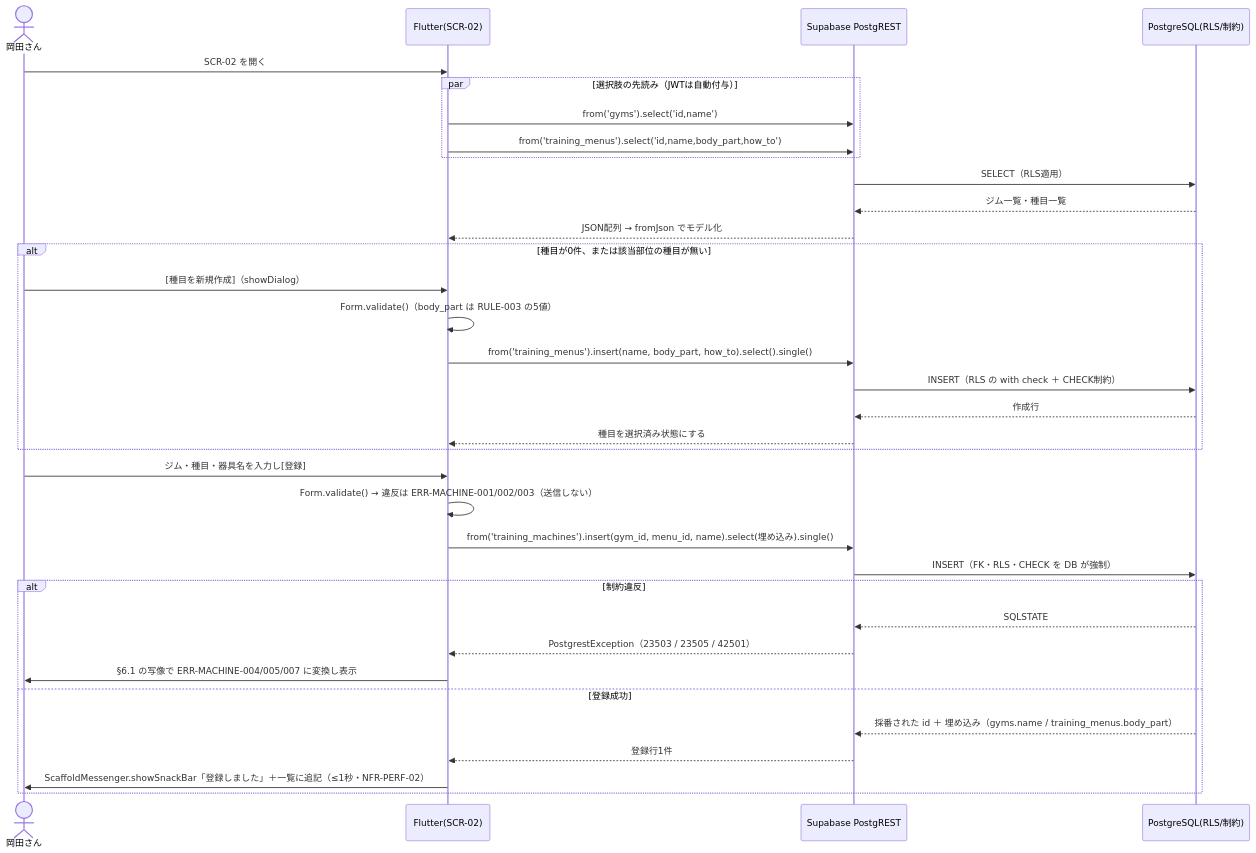
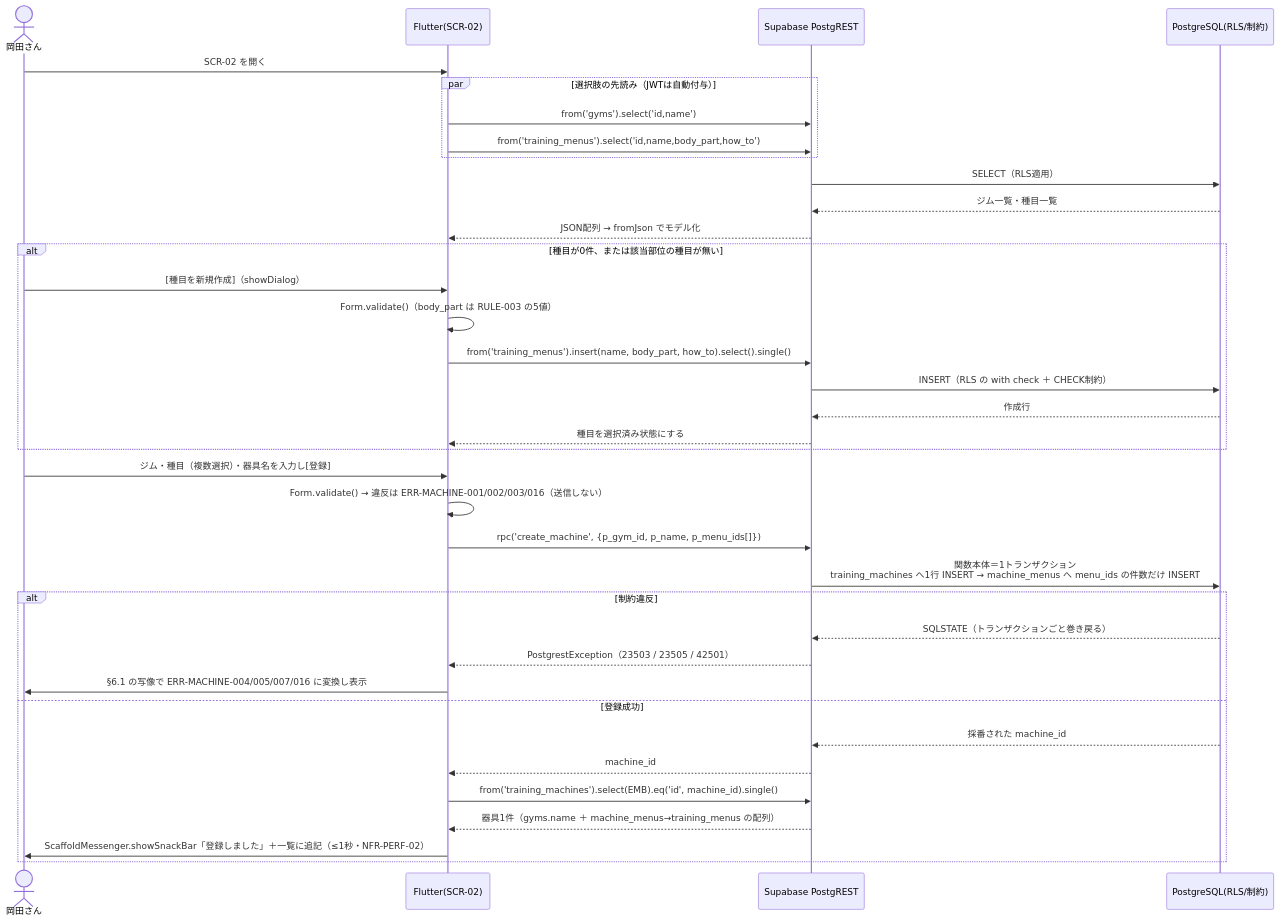
Before and after one commit to k-okada51/okada-fit: the diagram in docs/02_設計/50_詳細設計/08_機能別詳細設計/FEAT-01_器具登録.md, drawn with Mermaid. The commit also changed other lines of this file and 8 other files, not shown here.

````diff
--- a/docs/02_設計/50_詳細設計/08_機能別詳細設計/FEAT-01_器具登録.md
+++ b/docs/02_設計/50_詳細設計/08_機能別詳細設計/FEAT-01_器具登録.md
@@ -59,37 +63,39 @@
 ```mermaid
 sequenceDiagram
   actor U as 岡田さん
   participant F as Flutter(SCR-02)
   participant P as Supabase PostgREST
   participant D as PostgreSQL(RLS/制約)
 
   U->>F: SCR-02 を開く
   par 選択肢の先読み（JWTは自動付与）
     F->>P: from('gyms').select('id,name')
     F->>P: from('training_menus').select('id,name,body_part,how_to')
   end
   P->>D: SELECT（RLS適用）
   D-->>P: ジム一覧・種目一覧
   P-->>F: JSON配列 → fromJson でモデル化
   alt 種目が0件、または該当部位の種目が無い
     U->>F: [種目を新規作成]（showDialog）
     F->>F: Form.validate()（body_part は RULE-003 の5値）
     F->>P: from('training_menus').insert(name, body_part, how_to).select().single()
     P->>D: INSERT（RLS の with check ＋ CHECK制約）
     D-->>P: 作成行
     P-->>F: 種目を選択済み状態にする
   end
-  U->>F: ジム・種目・器具名を入力し[登録]
-  F->>F: Form.validate() → 違反は ERR-MACHINE-001/002/003（送信しない）
-  F->>P: from('training_machines').insert(gym_id, menu_id, name).select(埋め込み).single()
-  P->>D: INSERT（FK・RLS・CHECK を DB が強制）
+  U->>F: ジム・種目（複数選択）・器具名を入力し[登録]
+  F->>F: Form.validate() → 違反は ERR-MACHINE-001/002/003/016（送信しない）
+  F->>P: rpc('create_machine', {p_gym_id, p_name, p_menu_ids[]})
+  P->>D: 関数本体＝1トランザクション<br/>training_machines へ1行 INSERT → machine_menus へ menu_ids の件数だけ INSERT
   alt 制約違反
-    D-->>P: SQLSTATE
+    D-->>P: SQLSTATE（トランザクションごと巻き戻る）
     P-->>F: PostgrestException（23503 / 23505 / 42501）
-    F->>U: §6.1 の写像で ERR-MACHINE-004/005/007 に変換し表示
+    F->>U: §6.1 の写像で ERR-MACHINE-004/005/007/016 に変換し表示
   else 登録成功
-    D-->>P: 採番された id ＋ 埋め込み（gyms.name / training_menus.body_part）
-    P-->>F: 登録行1件
+    D-->>P: 採番された machine_id
+    P-->>F: machine_id
+    F->>P: from('training_machines').select(EMB).eq('id', machine_id).single()
+    P-->>F: 器具1件（gyms.name ＋ machine_menus→training_menus の配列）
     F->>U: ScaffoldMessenger.showSnackBar「登録しました」＋一覧に追記（≤1秒・NFR-PERF-02）
   end
 ```
````
